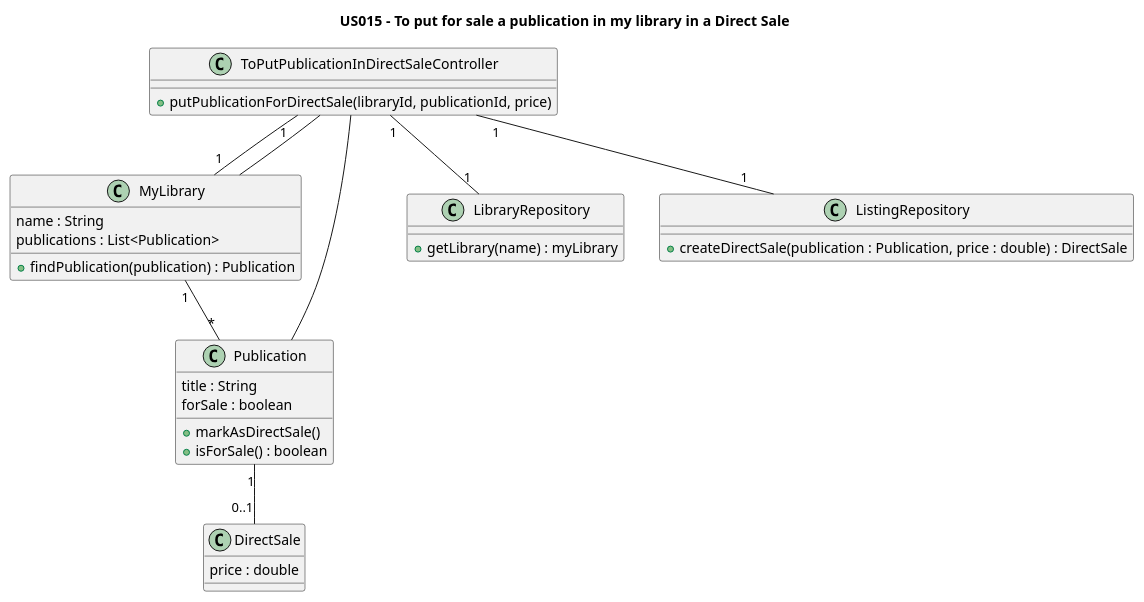
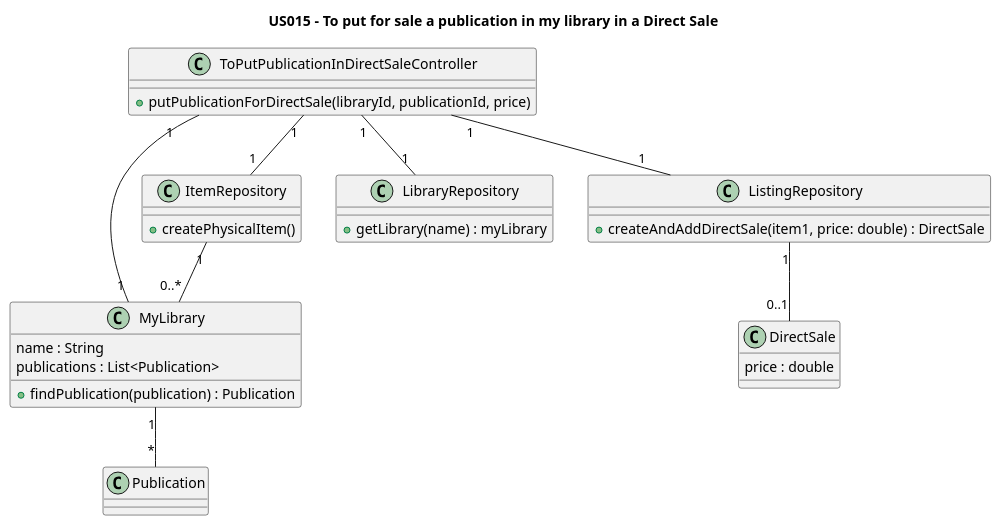
One commit to AndrePereiraGitH/SWitCH-Project-Team_A changed the diagram in Diagrams/ClassDiagrams/US015-To-put-for-sale-a-publication-in-my-library-in-a-Direct-Sale.puml. Above: the diagram before and after it, drawn with PlantUML. The commit also changed 2 other files, not shown here.

```diff
--- a/Diagrams/ClassDiagrams/US015-To-put-for-sale-a-publication-in-my-library-in-a-Direct-Sale.puml
+++ b/Diagrams/ClassDiagrams/US015-To-put-for-sale-a-publication-in-my-library-in-a-Direct-Sale.puml
@@ -1,42 +1,44 @@
 @startuml
 title US015 – To put for sale a publication in my library in a Direct Sale
 
 class MyLibrary {
   name : String
   publications : List<Publication>
   + findPublication(publication) : Publication
 }
 
-class Publication {
-  title : String
-  forSale : boolean
-  + markAsDirectSale()
-  + isForSale() : boolean
+class ItemRepository {
+  + createPhysicalItem()
 }
 
 class DirectSale {
   price : double
 }
 
 class LibraryRepository {
   + getLibrary(name) : myLibrary
 }
 
 class ListingRepository {
-  + createDirectSale(publication : Publication, price : double) : DirectSale
+  + createAndAddDirectSale(item1, price: double) : DirectSale
 }
 
 class ToPutPublicationInDirectSaleController {
   + putPublicationForDirectSale(libraryId, publicationId, price)
 }
 
+class Publication {
+
+}
+
 ToPutPublicationInDirectSaleController "1" -- "1" MyLibrary
 MyLibrary "1" -- "*" Publication
-Publication "1" -- "0..1" DirectSale
+ListingRepository "1" -- "0..1" DirectSale
+
+ItemRepository "1" -- "0..*" MyLibrary
 
 ToPutPublicationInDirectSaleController "1" -- "1" LibraryRepository
 ToPutPublicationInDirectSaleController "1" -- "1" ListingRepository
-ToPutPublicationInDirectSaleController -- MyLibrary
-ToPutPublicationInDirectSaleController -- Publication
+ToPutPublicationInDirectSaleController "1" -- "1" ItemRepository
 
 @enduml
```
